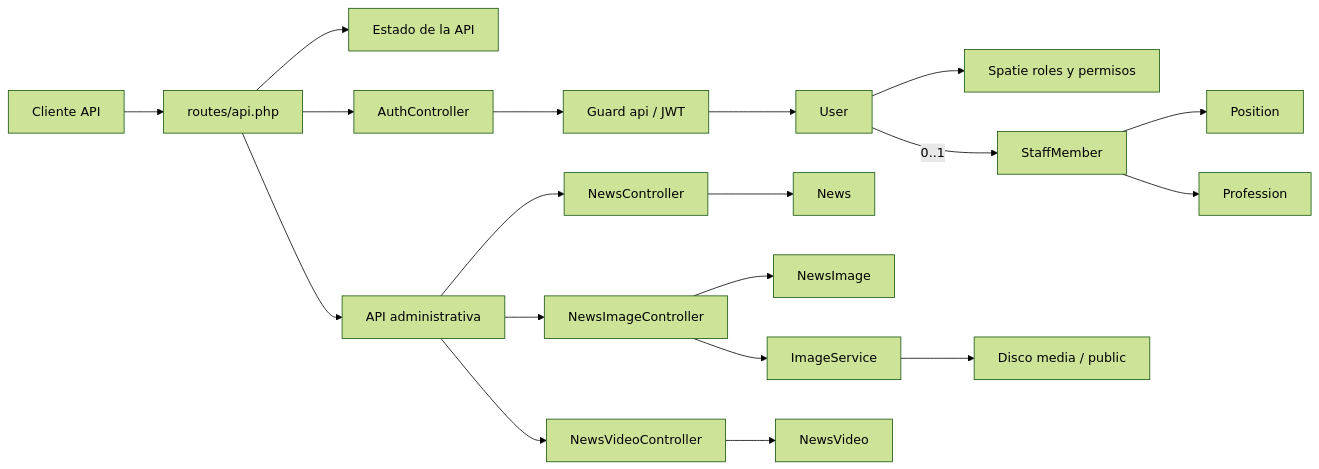
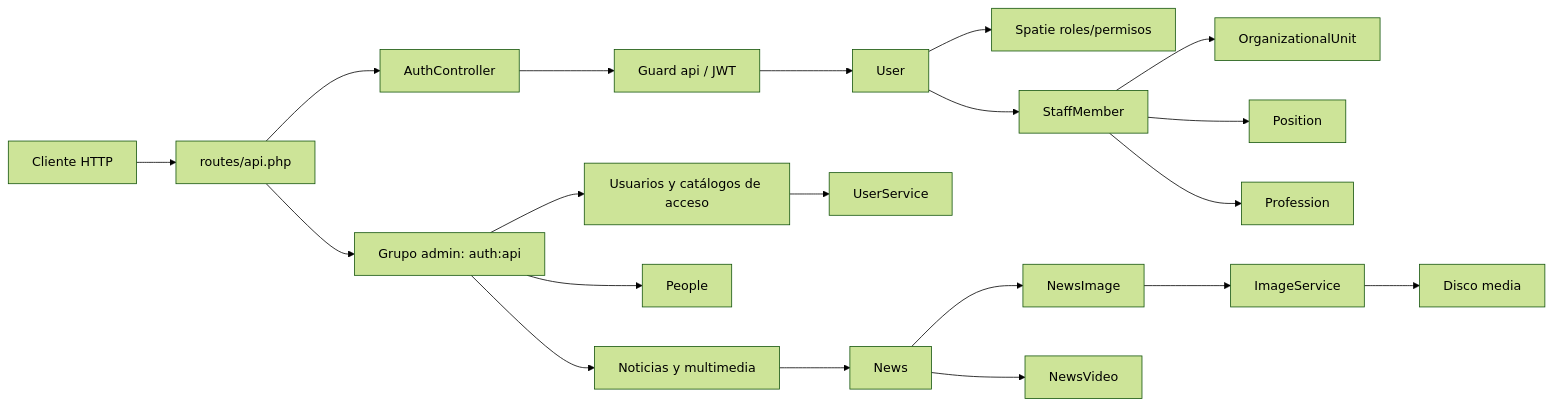
One commit to jorge-DPS/backend-sedalp changed the diagram in MAPEO_PROYECTO LARAVEL.md. Above: the diagram before and after it, drawn with Mermaid (forest theme). The commit also changed other lines of this file, not shown here.

````diff
--- a/MAPEO_PROYECTO LARAVEL.md
+++ b/MAPEO_PROYECTO LARAVEL.md
@@ -82,23 +144,27 @@
 ```mermaid
 flowchart LR
-    Client[Cliente API] --> Routes[routes/api.php]
-    Routes --> Status[Estado de la API]
-    Routes --> Auth[AuthController]
-    Routes --> Admin[API administrativa]
+    Client[Cliente HTTP] --> Api[routes/api.php]
+    Api --> Auth[AuthController]
+    Api --> Admin[Grupo admin: auth:api]
 
     Auth --> JWT[Guard api / JWT]
     JWT --> User[User]
-    User --> Roles[Spatie roles y permisos]
-    User -->|0..1| Staff[StaffMember]
+
+    Admin --> Access[Usuarios y catálogos de acceso]
+    Admin --> People[People]
+    Admin --> Communication[Noticias y multimedia]
+
+    Access --> UserService[UserService]
+    User --> Roles[Spatie roles/permisos]
+    User --> Staff[StaffMember]
+
+    Staff --> Unit[OrganizationalUnit]
     Staff --> Position[Position]
     Staff --> Profession[Profession]
 
-    Admin --> NewsController[NewsController]
-    Admin --> ImageController[NewsImageController]
-    Admin --> VideoController[NewsVideoController]
-    NewsController --> News[News]
-    ImageController --> NewsImage[NewsImage]
-    ImageController --> ImageService[ImageService]
-    ImageService --> Storage[Disco media / public]
-    VideoController --> NewsVideo[NewsVideo]
+    Communication --> News[News]
+    News --> Images[NewsImage]
+    News --> Videos[NewsVideo]
+    Images --> ImageService[ImageService]
+    ImageService --> Disk[Disco media]
 ```
````
